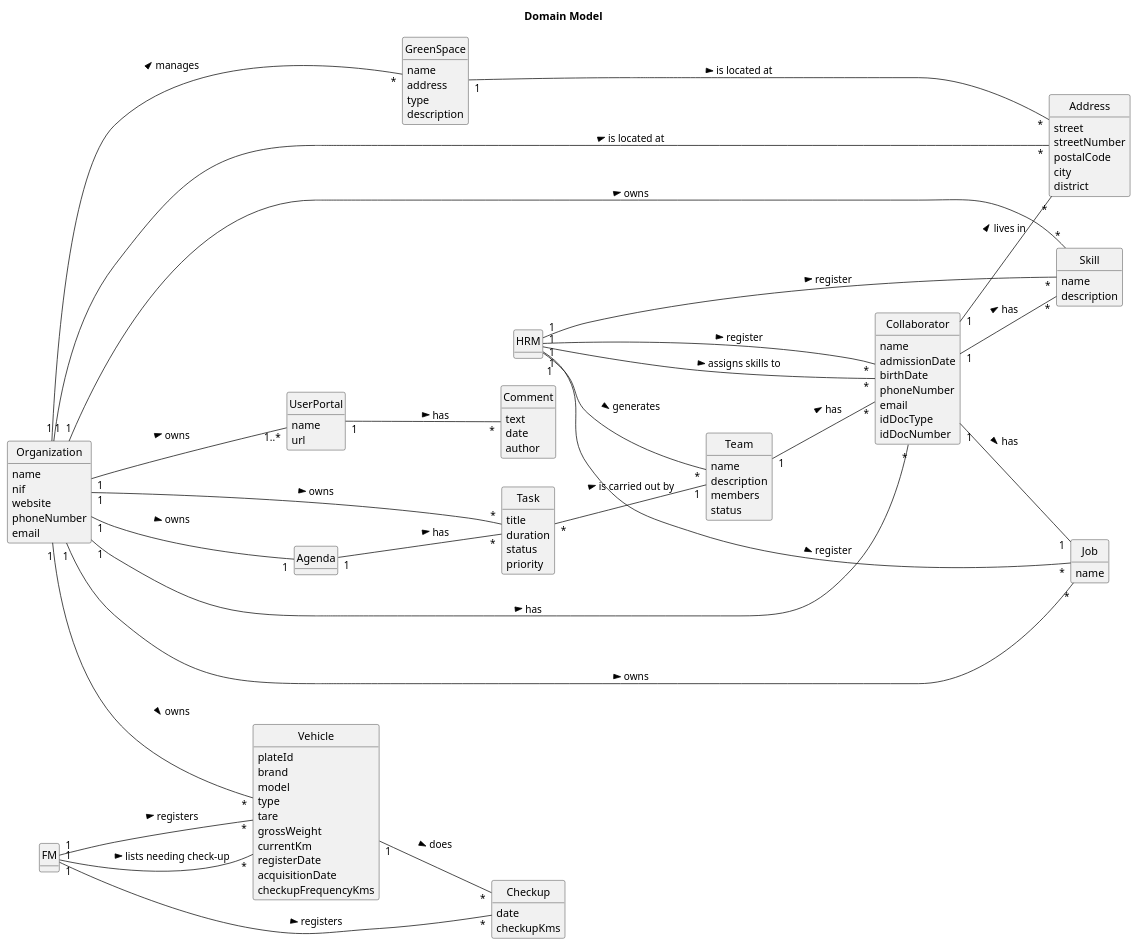
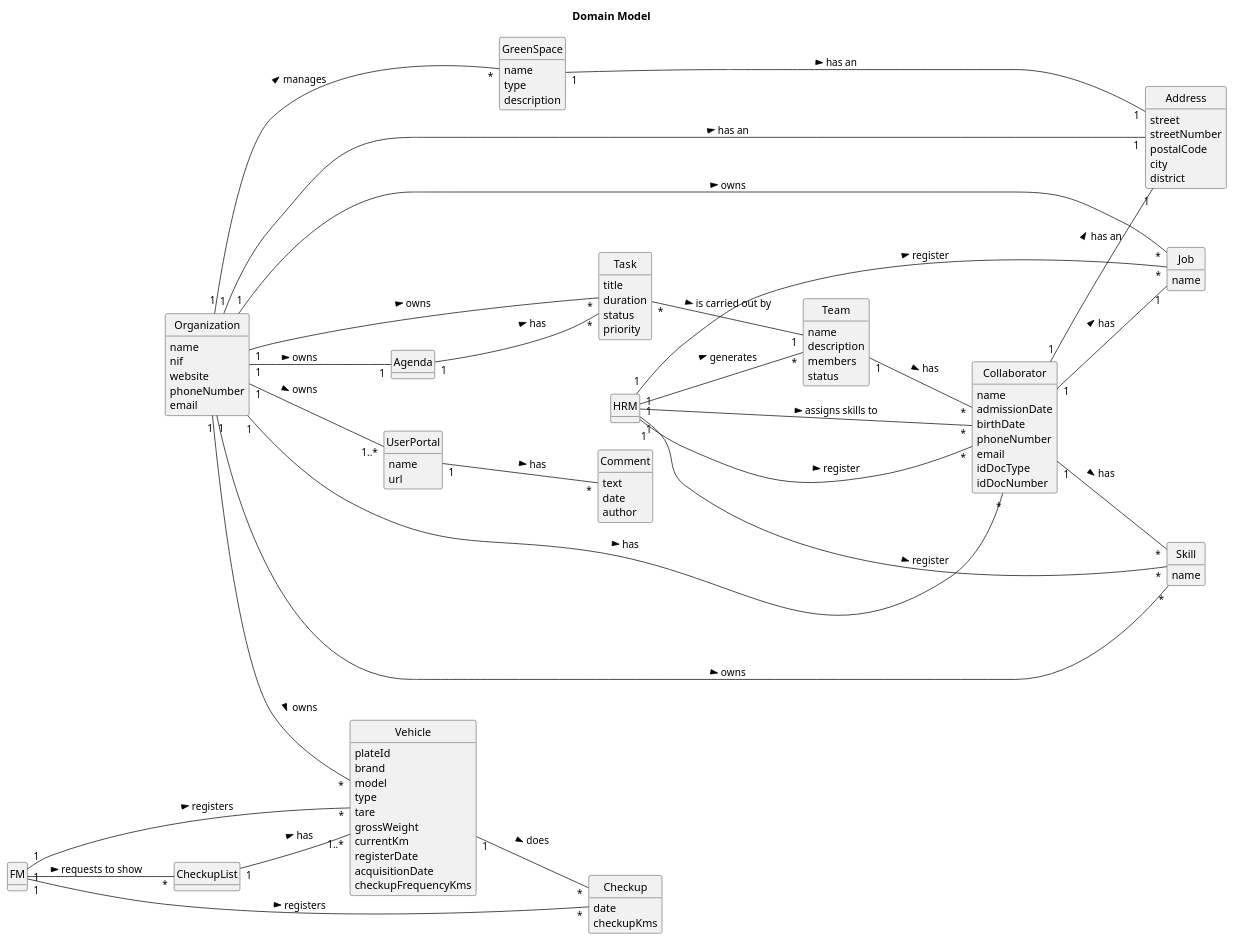
The diagram in docs/sprintA/global-artifacts/02.analysis/puml/project-domain-model.puml (Rui-San/LAPR2_2023_2024), drawn with PlantUML before and after one commit.

Commit message:
Updated project domain model: Association update Added a new class Corrected skill attributes

```diff
--- a/docs/sprintA/global-artifacts/02.analysis/puml/project-domain-model.puml
+++ b/docs/sprintA/global-artifacts/02.analysis/puml/project-domain-model.puml
@@ -1,133 +1,137 @@
 @startuml
 skinparam monochrome true
 skinparam packageStyle rectangle
 skinparam shadowing false
 'skinparam linetype ortho
 left to right direction
 skinparam classAttributeIconSize 0
 hide circle
 hide methods
 
 title Domain Model
 
 class Organization {
     name
     nif
     website
     phoneNumber
     email
 }
 
 class Skill{
     name
-    description
+
 }
 
 class Collaborator{
     name
     admissionDate
     birthDate
     phoneNumber
     email
     idDocType
     idDocNumber
 }
 
 class Job{
     name
 }
 
 class HRM{
 
 }
 
 class FM{
 
 }
 
 class Team{
     name
     description
     members
     status
 }
 
 class Vehicle{
     plateId
     brand
     model
     type
     tare
     grossWeight
     currentKm
     registerDate
     acquisitionDate
     checkupFrequencyKms
 }
 
 class Checkup{
     date
     checkupKms
 }
+class CheckupList{
+
+}
 
 class GreenSpace{
     name
-    address
     type
     description
 }
+
 
 class Address{
     street
     streetNumber
     postalCode
     city
     district
 }
 
 class Task{
     title
     duration
     status
     priority
 }
 
 class UserPortal{
     name
     url
 }
 
 class Comment{
     text
     date
     author
 }
 
 Organization "1" -- "*" Task : "owns >"
 Organization "1" -- "1" Agenda : "owns >"
-Organization "1" -- "*" Address : "is located at >"
+Organization "1" -- "1" Address : "has an >"
 Organization "1" -- "1..*" UserPortal : "owns >"
 Organization "1" -- "*" GreenSpace : "manages >"
 Organization "1" -- "*" Skill : "owns >"
 Organization "1" -- "*" Job : "owns >"
 Organization "1" -- "*" Collaborator : "has >"
 Organization "1" -- "*" Vehicle : "owns >"
 Collaborator "1" -- "*" Skill : "has >"
-Collaborator "1" -- "*" Address : "lives in >"
+Collaborator "1" -- "1" Address : "has an >"
 Collaborator "1" -- "1" Job : "has >"
 HRM "1" -- "*" Skill : "register >"
 HRM "1" -- "*" Job : "register >"
 HRM "1" -- "*" Collaborator : "register >"
 HRM "1" -- "*" Collaborator : "assigns skills to >"
 HRM "1" -- "*" Team : "generates >"
 FM "1" -- "*" Vehicle : "registers >"
-FM "1" -- "*" Vehicle : "lists needing check-up >"
 FM "1" -- "*" Checkup : "registers >"
 UserPortal "1" -- "*" Comment : "has >"
 Agenda "1" -- "*" Task : "has >"
 Task "*" -- "1" Team : "is carried out by >"
-GreenSpace "1" -- "*" Address : "is located at >"
+GreenSpace "1" -- "1" Address : "has an >"
 Team "1" -- "*" Collaborator : "has >"
 Vehicle "1" -- "*" Checkup : "does >"
+CheckupList "1" -- "1..*" Vehicle : "has >"
+FM "1" -- "*" CheckupList : "requests to show >"
 
 @enduml
```
